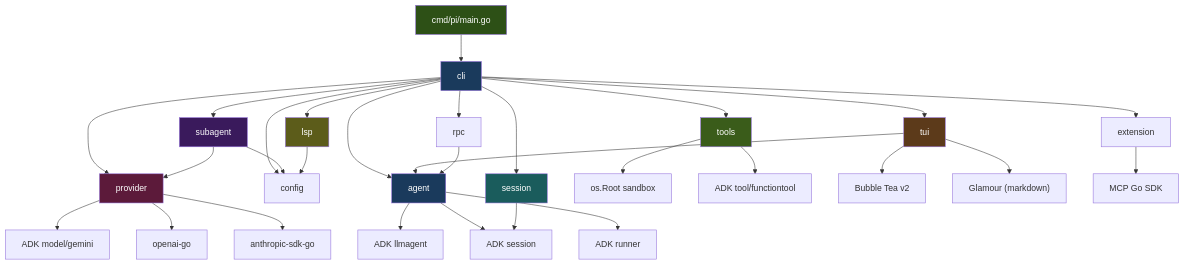
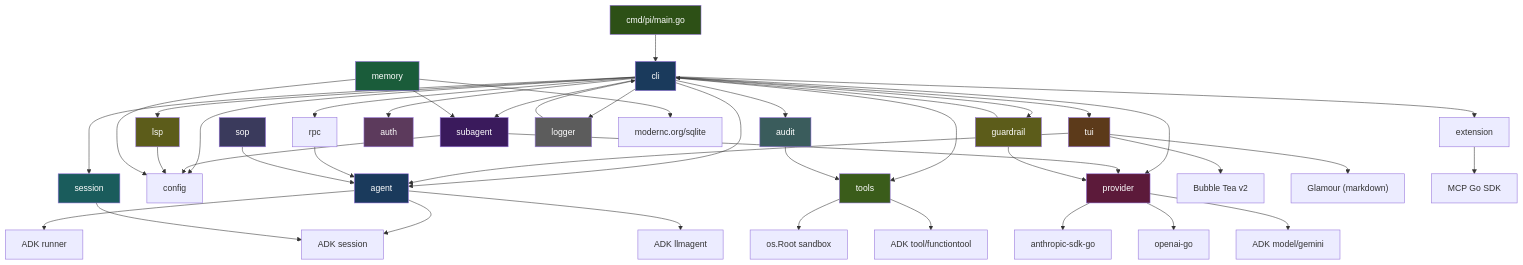
The first of 17 diagrams in ARCHITECTURE.md (dimetron/pi-go), drawn with Mermaid before and after one commit. The commit also changed other lines of this file and 81 other files, not shown here.

````diff
--- a/ARCHITECTURE.md
+++ b/ARCHITECTURE.md
@@ -28,50 +34,73 @@
 ```mermaid
 graph TD
     main["cmd/pi/main.go"] --> cli["cli"]
     cli --> agent["agent"]
     cli --> config["config"]
     cli --> provider["provider"]
     cli --> tools["tools"]
     cli --> extension["extension"]
     cli --> session["session"]
     cli --> tui["tui"]
     cli --> rpc["rpc"]
     cli --> subagent["subagent"]
     cli --> lsp["lsp"]
+    cli --> guardrail["guardrail"]
+    cli --> auth["auth"]
+    cli --> audit["audit"]
+    cli --> logger["logger"]
 
     agent --> adk_runner["ADK runner"]
     agent --> adk_llmagent["ADK llmagent"]
     agent --> adk_session["ADK session"]
 
     provider --> anthropic_sdk["anthropic-sdk-go"]
     provider --> openai_sdk["openai-go"]
     provider --> adk_gemini["ADK model/gemini"]
 
     tools --> sandbox["os.Root sandbox"]
     tools --> adk_tool["ADK tool/functiontool"]
 
     subagent --> config
     subagent --> provider
 
     lsp --> config
 
     tui --> bubbletea["Bubble Tea v2"]
     tui --> glamour["Glamour (markdown)"]
     tui --> agent
 
     rpc --> agent
 
     extension --> mcp_sdk["MCP Go SDK"]
 
     session --> adk_session
 
+    guardrail --> cli
+    guardrail --> provider
+
+    memory["memory"] --> sqlite["modernc.org/sqlite"]
+    memory --> subagent
+    memory --> config
+
+    sop["sop"] --> agent
+
+    audit --> tools
+
+    logger --> cli
+
     style main fill:#2d5016,color:#fff
     style cli fill:#1a3a5c,color:#fff
     style agent fill:#1a3a5c,color:#fff
     style provider fill:#5c1a3a,color:#fff
     style tools fill:#3a5c1a,color:#fff
     style tui fill:#5c3a1a,color:#fff
     style session fill:#1a5c5c,color:#fff
     style subagent fill:#3a1a5c,color:#fff
     style lsp fill:#5c5c1a,color:#fff
+    style guardrail fill:#5c5c1a,color:#fff
+    style auth fill:#5c3a5c,color:#fff
+    style audit fill:#3a5c5c,color:#fff
+    style logger fill:#5c5c5c,color:#fff
+    style memory fill:#1a5c3a,color:#fff
+    style sop fill:#3a3a5c,color:#fff
 ```
````
